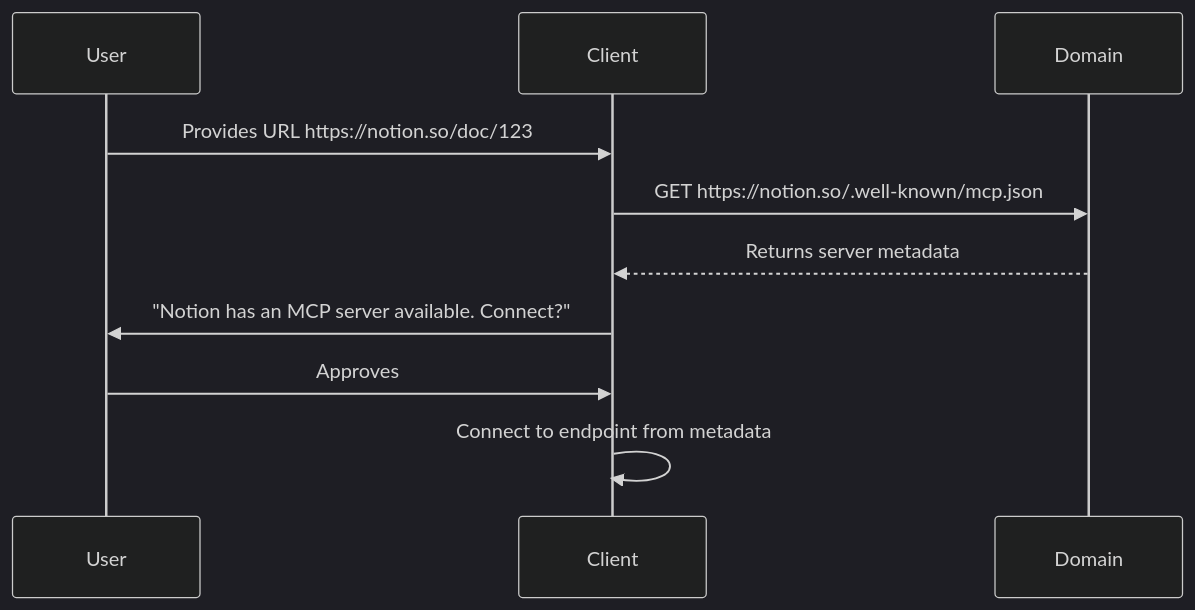
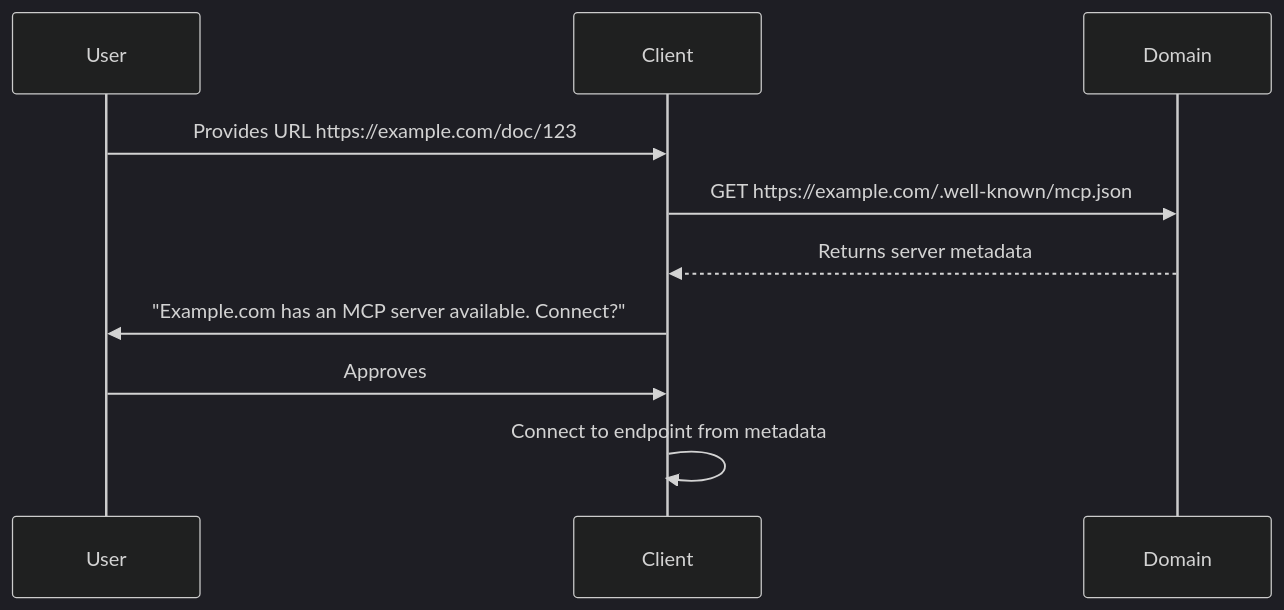
The diagram in docs/specification/draft/server/discovery.mdx (modelcontextprotocol/specification), drawn with Mermaid (dark theme) before and after one commit. The commit also changed other lines of this file and 1 other file, not shown here.

Commit message:
remove notion specific stuff

````diff
--- a/docs/specification/draft/server/discovery.mdx
+++ b/docs/specification/draft/server/discovery.mdx
@@ -83,13 +83,13 @@
 ```mermaid
 sequenceDiagram
     participant User
     participant Client
     participant Domain
 
-    User->>Client: Provides URL https://notion.so/doc/123
-    Client->>Domain: GET https://notion.so/.well-known/mcp.json
+    User->>Client: Provides URL https://example.com/doc/123
+    Client->>Domain: GET https://example.com/.well-known/mcp.json
     Domain-->>Client: Returns server metadata
-    Client->>User: "Notion has an MCP server available. Connect?"
+    Client->>User: "Example.com has an MCP server available. Connect?"
     User->>Client: Approves
     Client->>Client: Connect to endpoint from metadata
 ```
````
